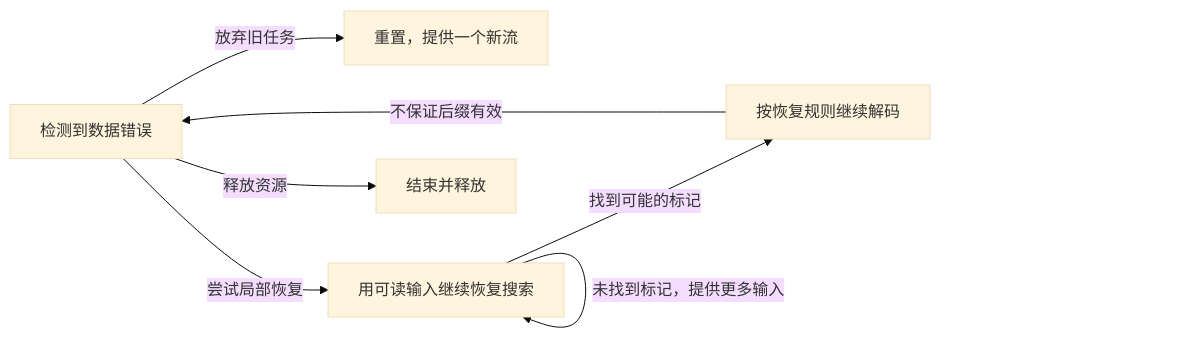
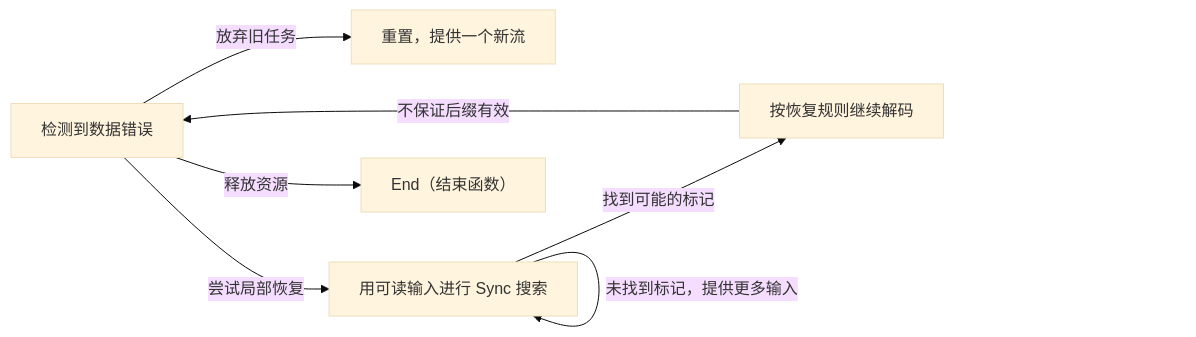
Before and after one commit to cla7aye15I4nd/oss-proof: the third of 3 diagrams in docs/guide/state-operations.zh.md, drawn with Mermaid (base theme). The commit also changed other lines of this file and 6 other files, not shown here.

````diff
--- a/docs/guide/state-operations.zh.md
+++ b/docs/guide/state-operations.zh.md
@@ -161,9 +161,9 @@
 ```mermaid
 flowchart LR
     E["检测到数据错误"] -->|"放弃旧任务"| R["重置，提供一个新流"]
-    E -->|"尝试局部恢复"| S["用可读输入继续恢复搜索"]
+    E -->|"尝试局部恢复"| S["用可读输入进行 Sync 搜索"]
     S -->|"未找到标记，提供更多输入"| S
     S -->|"找到可能的标记"| C["按恢复规则继续解码"]
-    E -->|"释放资源"| X["结束并释放"]
+    E -->|"释放资源"| X["End（结束函数）"]
     C -->|"不保证后缀有效"| E
 ```
````
